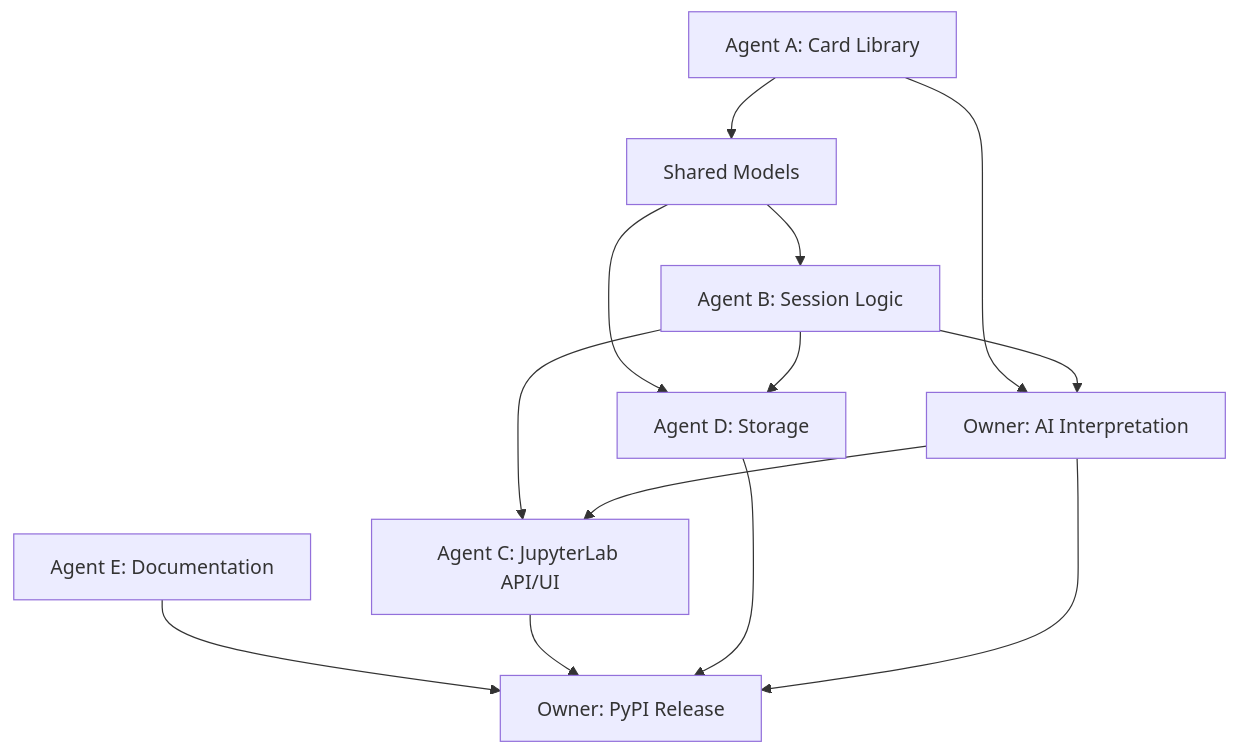
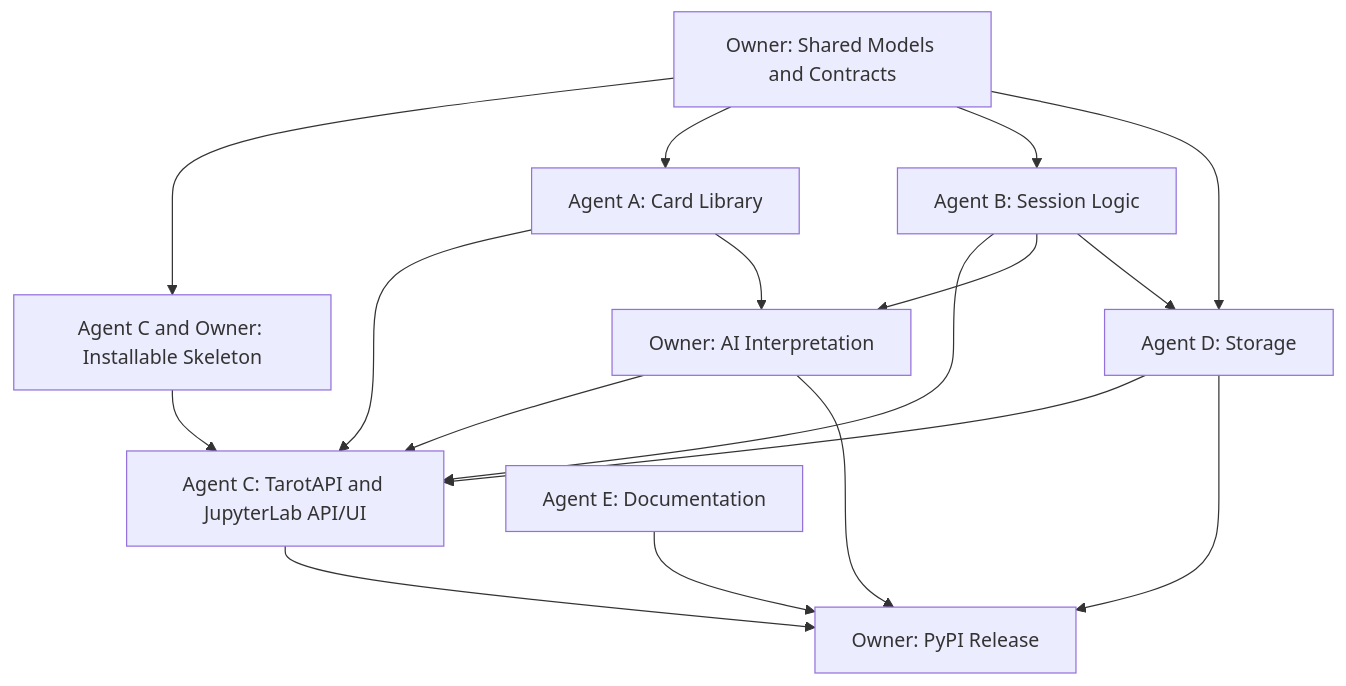
The diagram in Plan.md (Elia-wxr/Project), drawn with Mermaid before and after one commit. The commit also changed other lines of this file, not shown here.

````diff
--- a/Plan.md
+++ b/Plan.md
@@ -496,15 +973,19 @@
 ```mermaid
 flowchart TD
-    A[Agent A: Card Library] --> M[Shared Models]
+    M[Owner: Shared Models and Contracts] --> S[Agent C and Owner: Installable Skeleton]
+    M --> A[Agent A: Card Library]
     M --> B[Agent B: Session Logic]
     M --> D[Agent D: Storage]
-    B --> C[Agent C: JupyterLab API/UI]
+    S --> C[Agent C: TarotAPI and JupyterLab API/UI]
+    A --> C
+    B --> C
+    D --> C
     A --> AI[Owner: AI Interpretation]
     B --> AI
     AI --> C
     B --> D
     E[Agent E: Documentation] --> Release[Owner: PyPI Release]
     C --> Release
     D --> Release
     AI --> Release
 ```
````
